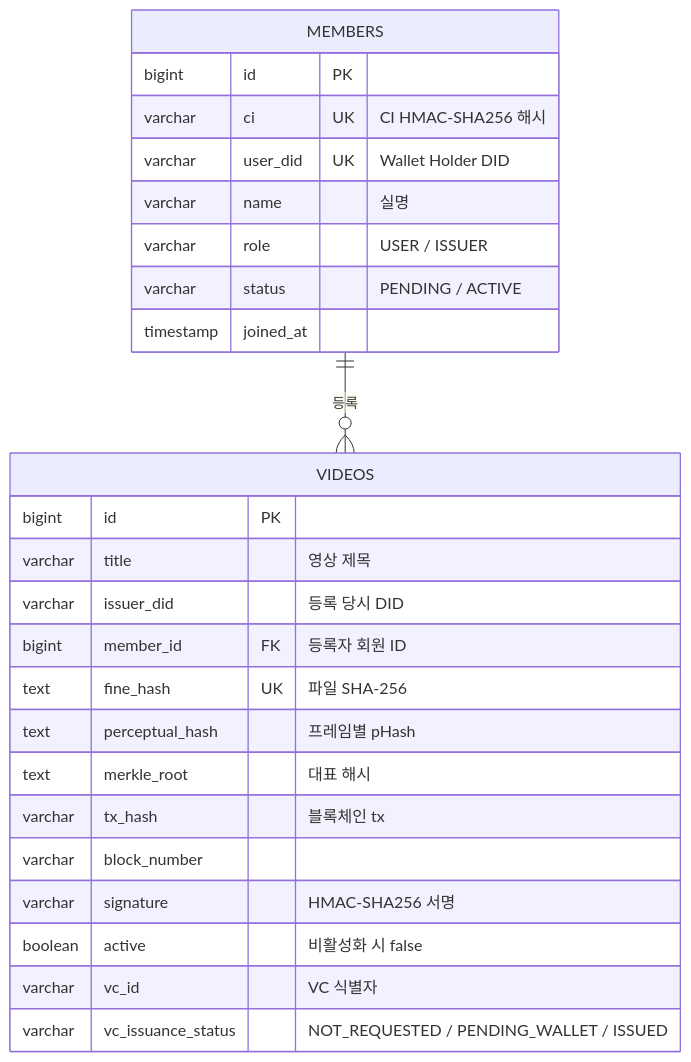
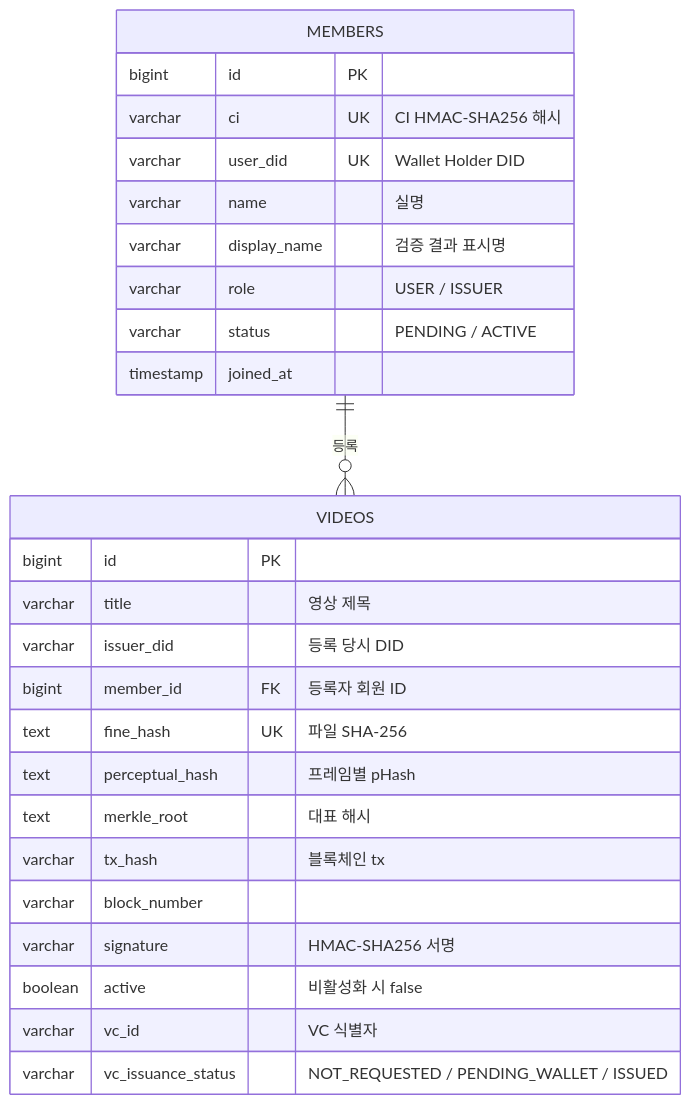
Before and after one commit to 2026-hackathon-Jinbon/jinbon-docs: the first of 3 diagrams in dev-center/docs/developers/data/model.md, drawn with Mermaid. The commit also changed other lines of this file and 9 other files, not shown here.

````diff
--- a/dev-center/docs/developers/data/model.md
+++ b/dev-center/docs/developers/data/model.md
@@ -7,28 +7,29 @@
 ```mermaid
 erDiagram
     MEMBERS ||--o{ VIDEOS : "등록"
     MEMBERS {
         bigint id PK
         varchar ci UK "CI HMAC-SHA256 해시"
         varchar user_did UK "Wallet Holder DID"
         varchar name "실명"
+        varchar display_name "검증 결과 표시명"
         varchar role "USER / ISSUER"
         varchar status "PENDING / ACTIVE"
         timestamp joined_at
     }
     VIDEOS {
         bigint id PK
         varchar title "영상 제목"
         varchar issuer_did "등록 당시 DID"
         bigint member_id FK "등록자 회원 ID"
         text fine_hash UK "파일 SHA-256"
         text perceptual_hash "프레임별 pHash"
         text merkle_root "대표 해시"
         varchar tx_hash "블록체인 tx"
         varchar block_number
         varchar signature "HMAC-SHA256 서명"
         boolean active "비활성화 시 false"
         varchar vc_id "VC 식별자"
         varchar vc_issuance_status "NOT_REQUESTED / PENDING_WALLET / ISSUED"
     }
 ```
````
